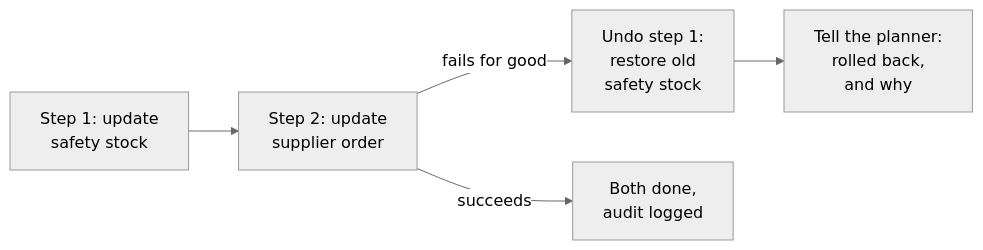
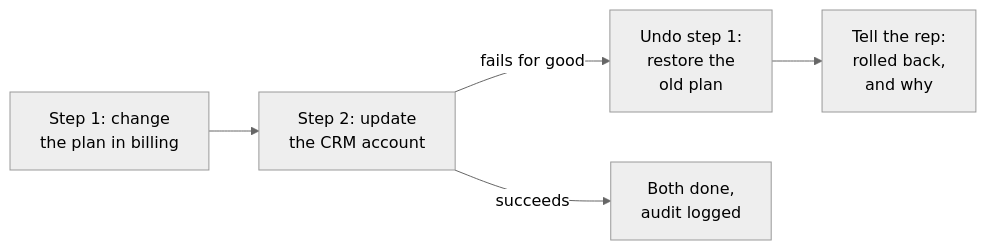
Before and after one commit to shubamchaudhary/CodeNITW: the ninth of 9 diagrams in src/Data/aiStackDocs/CH-10.md, drawn with Mermaid (neutral theme). The commit also changed other lines of this file and 32 other files, not shown here.

````diff
--- a/src/Data/aiStackDocs/CH-10.md
+++ b/src/Data/aiStackDocs/CH-10.md
@@ -233,7 +233,7 @@
 ```mermaid
 flowchart LR
-    S1["Step 1: update<br/>safety stock"] --> S2["Step 2: update<br/>supplier order"]
-    S2 -->|"fails for good"| C1["Undo step 1:<br/>restore old<br/>safety stock"]
+    S1["Step 1: change<br/>the plan in billing"] --> S2["Step 2: update<br/>the CRM account"]
+    S2 -->|"fails for good"| C1["Undo step 1:<br/>restore the<br/>old plan"]
     S2 -->|"succeeds"| OK["Both done,<br/>audit logged"]
-    C1 --> N["Tell the planner:<br/>rolled back,<br/>and why"]
+    C1 --> N["Tell the rep:<br/>rolled back,<br/>and why"]
 ```
````
